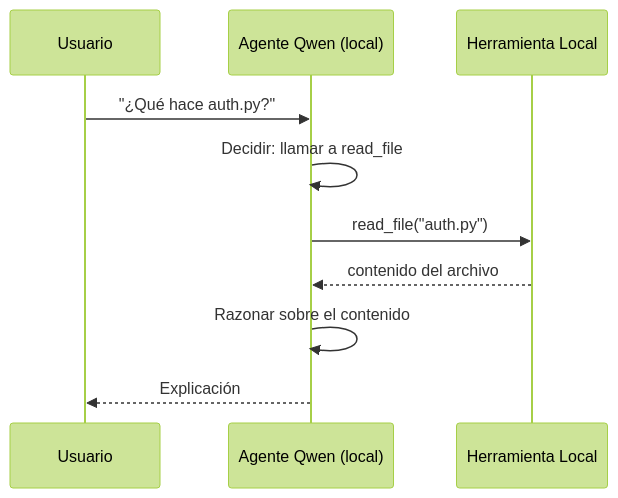
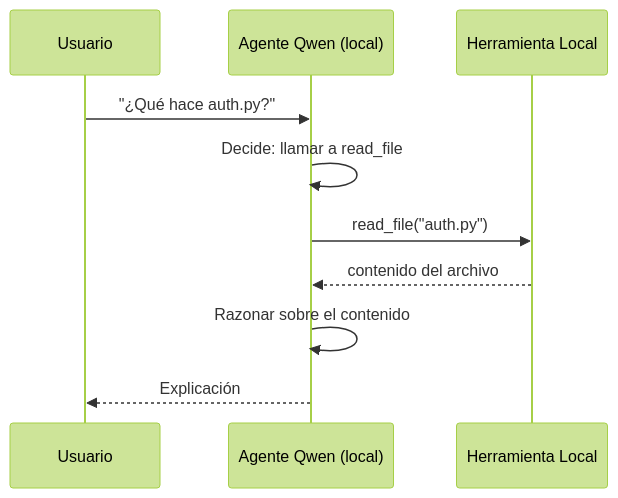
The second of 4 diagrams in translations/es/17-creating-local-ai-agents/README.md (microsoft/ai-agents-for-beginners), drawn with Mermaid (forest theme) before and after one commit. The commit also changed other lines of this file and 47 other files, not shown here.

````diff
--- a/translations/es/17-creating-local-ai-agents/README.md
+++ b/translations/es/17-creating-local-ai-agents/README.md
@@ -106,12 +106,12 @@
 ```mermaid
 sequenceDiagram
     participant U as Usuario
     participant A as Agente Qwen (local)
     participant T as Herramienta Local
     U->>A: "¿Qué hace auth.py?"
-    A->>A: Decidir: llamar a read_file
+    A->>A: Decide: llamar a read_file
     A->>T: read_file("auth.py")
     T-->>A: contenido del archivo
     A->>A: Razonar sobre el contenido
     A-->>U: Explicación
 ```
````
